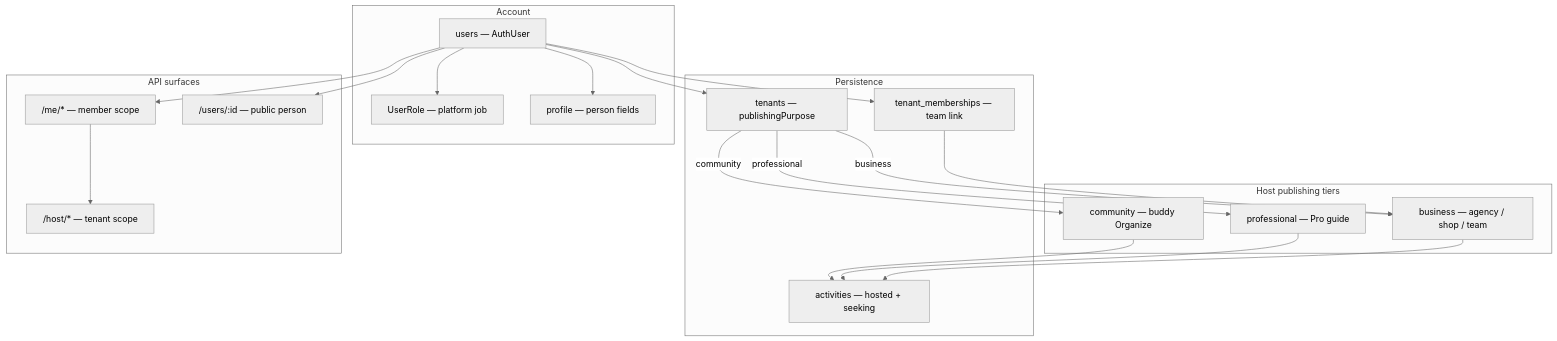
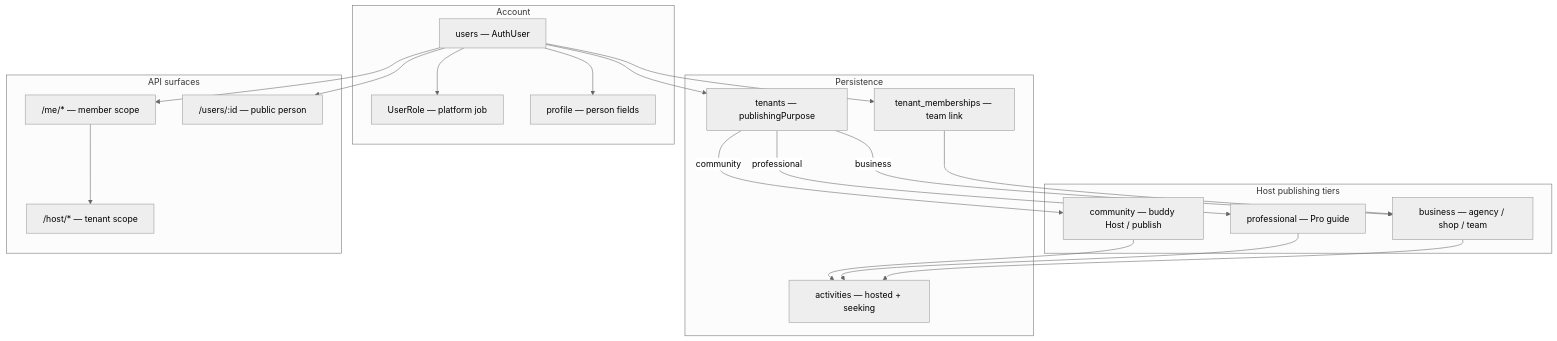
Before and after one commit to rajpurchasync/UAEtrail: the diagram in docs/MEMBER_MODEL.md, drawn with Mermaid (neutral theme). The commit also changed other lines of this file and 577 other files, not shown here.

````diff
--- a/docs/MEMBER_MODEL.md
+++ b/docs/MEMBER_MODEL.md
@@ -50,41 +50,41 @@
 ```mermaid
 flowchart TB
   subgraph account [Account]
     U[users — AuthUser]
     UR[UserRole — platform job]
     UP[profile — person fields]
   end
 
   subgraph tiers [Host publishing tiers]
-    C[community — buddy Organize]
+    C[community — buddy Host / publish]
     P[professional — Pro guide]
     B[business — agency / shop / team]
   end
 
   subgraph storage [Persistence]
     T[tenants — publishingPurpose]
     TM[tenant_memberships — team link]
     A[activities — hosted + seeking]
   end
 
   subgraph api [API surfaces]
     ME["/me/* — member scope"]
     HOST["/host/* — tenant scope"]
     PUB["/users/:id — public person"]
   end
 
   U --> UP
   U --> UR
   U --> TM
   U --> T
   T -->|community| C
   T -->|professional| P
   T -->|business| B
   TM --> B
   C --> A
   P --> A
   B --> A
   ME --> HOST
   U --> ME
   U --> PUB
 ```
````
